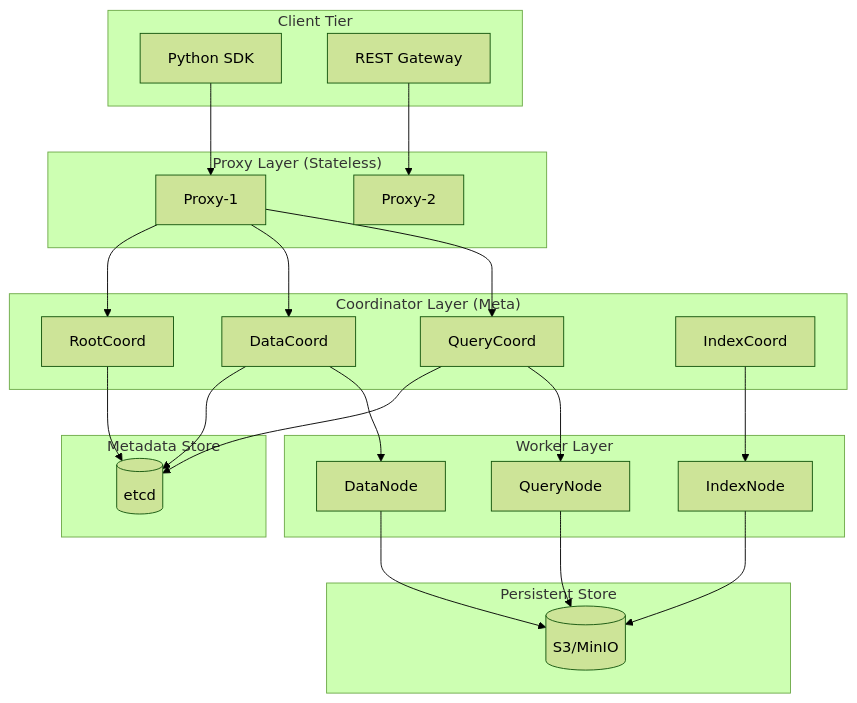
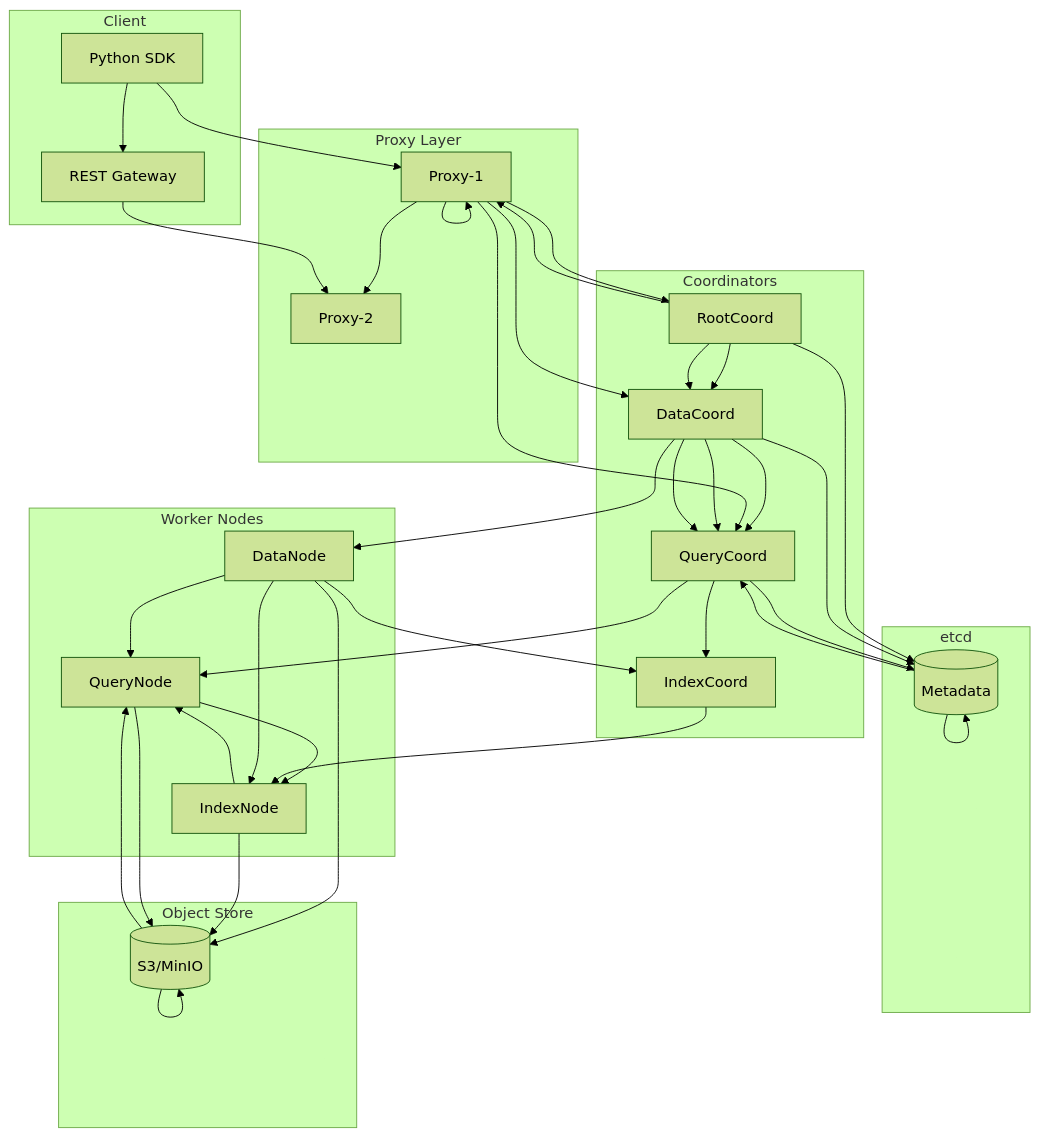
Before and after one commit to Leito2/Learning: the first of 4 diagrams in SW-ML-AI Engineering/10 - Cloud, Infra y Backend/33 - Vector Databases and Semantic Search/07 - Milvus I - Distributed Architecture.md, drawn with Mermaid (forest theme). The commit also changed other lines of this file and 123 other files, not shown here.

````diff
--- a/SW-ML-AI Engineering/10 - Cloud, Infra y Backend/33 - Vector Databases and Semantic Search/07 - Milvus I - Distributed Architecture.md
+++ b/SW-ML-AI Engineering/10 - Cloud, Infra y Backend/33 - Vector Databases and Semantic Search/07 - Milvus I - Distributed Architecture.md
@@ -110,42 +94,33 @@
 ```mermaid
 flowchart TB
-    subgraph Client["Client Tier"]
+    subgraph Client["Client"]
         A[Python SDK]
         B[REST Gateway]
     end
-    subgraph Proxy["Proxy Layer (Stateless)"]
+    subgraph Proxy["Proxy Layer"]
         P1[Proxy-1]
         P2[Proxy-2]
     end
-    subgraph Coord["Coordinator Layer (Meta)"]
+    subgraph Coord["Coordinators"]
         R[RootCoord]
         D[DataCoord]
         Q[QueryCoord]
         I[IndexCoord]
     end
-    subgraph Meta["Metadata Store"]
-        E[(etcd)]
+    subgraph Meta["etcd"]
+        E[(Metadata)]
     end
-    subgraph Worker["Worker Layer"]
+    subgraph Workers["Worker Nodes"]
         DN[DataNode]
         QN[QueryNode]
         IN[IndexNode]
     end
-    subgraph Store["Persistent Store"]
+    subgraph Store["Object Store"]
         S3[(S3/MinIO)]
     end
-    A --> P1
-    B --> P2
-    P1 --> R
-    P1 --> D
-    P1 --> Q
-    R --> E
-    D --> E
-    Q --> E
-    D --> DN
-    Q --> QN
-    I --> IN
-    DN --> S3
-    IN --> S3
-    QN --> S3
+    A --> P1 & B --> P2
+    P1 --> R & P1 --> D & P1 --> Q
+    R --> E & D --> E & Q --> E
+    D --> DN & Q --> QN & I --> IN
+    DN --> S3 & IN --> S3 & QN --> S3
 ```
````
